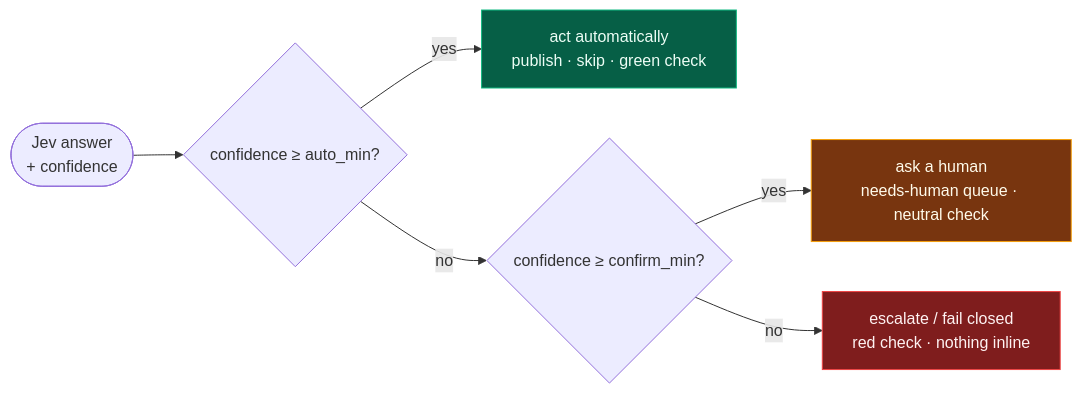
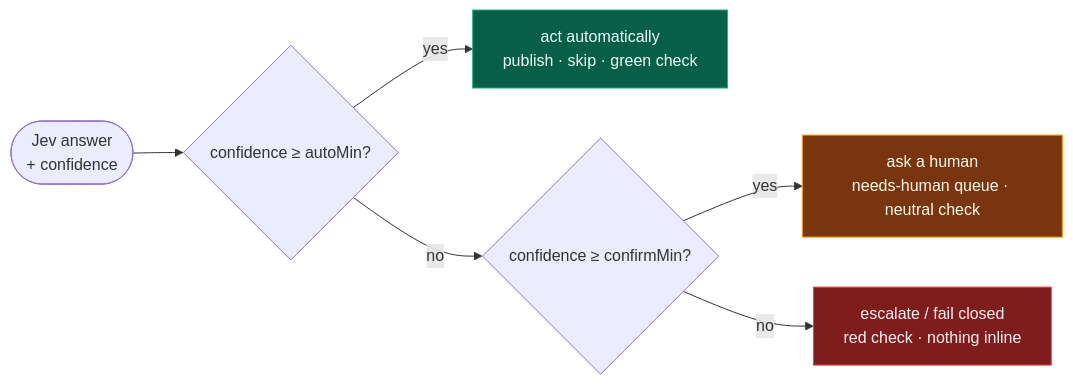
Before and after one commit to tincke10/Jevest: the diagram in README.md, drawn with Mermaid. The commit also changed other lines of this file and 65 other files, not shown here.

````diff
--- a/README.md
+++ b/README.md
@@ -63,11 +63,11 @@
 ```mermaid
 flowchart LR
-    A([Jev answer<br/>+ confidence]) --> B{confidence ≥ auto_min?}
+    A([Jev answer<br/>+ confidence]) --> B{confidence ≥ autoMin?}
     B -- yes --> C[act automatically<br/>publish · skip · green check]
-    B -- no --> D{confidence ≥ confirm_min?}
+    B -- no --> D{confidence ≥ confirmMin?}
     D -- yes --> E[ask a human<br/>needs-human queue · neutral check]
     D -- no --> F[escalate / fail closed<br/>red check · nothing inline]
     style C fill:#065f46,color:#ecfdf5,stroke:#10b981
     style E fill:#78350f,color:#fffbeb,stroke:#f59e0b
     style F fill:#7f1d1d,color:#fef2f2,stroke:#ef4444
 ```
````
